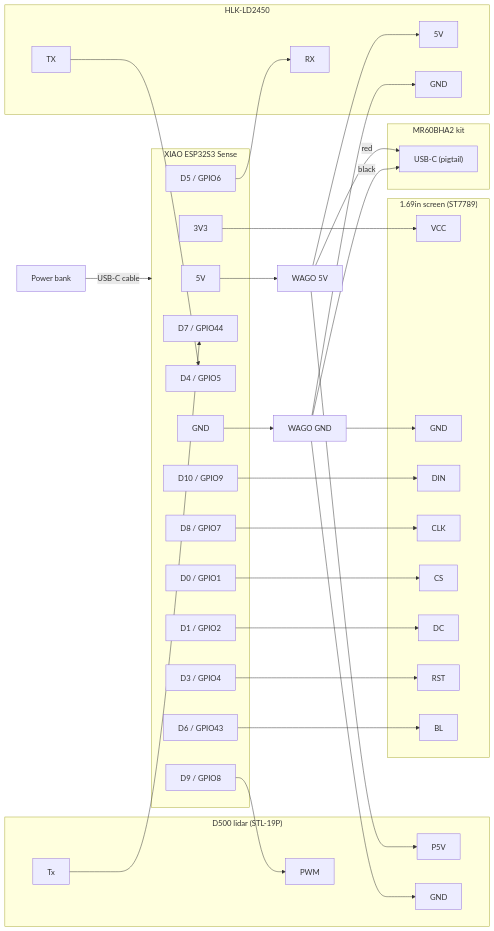
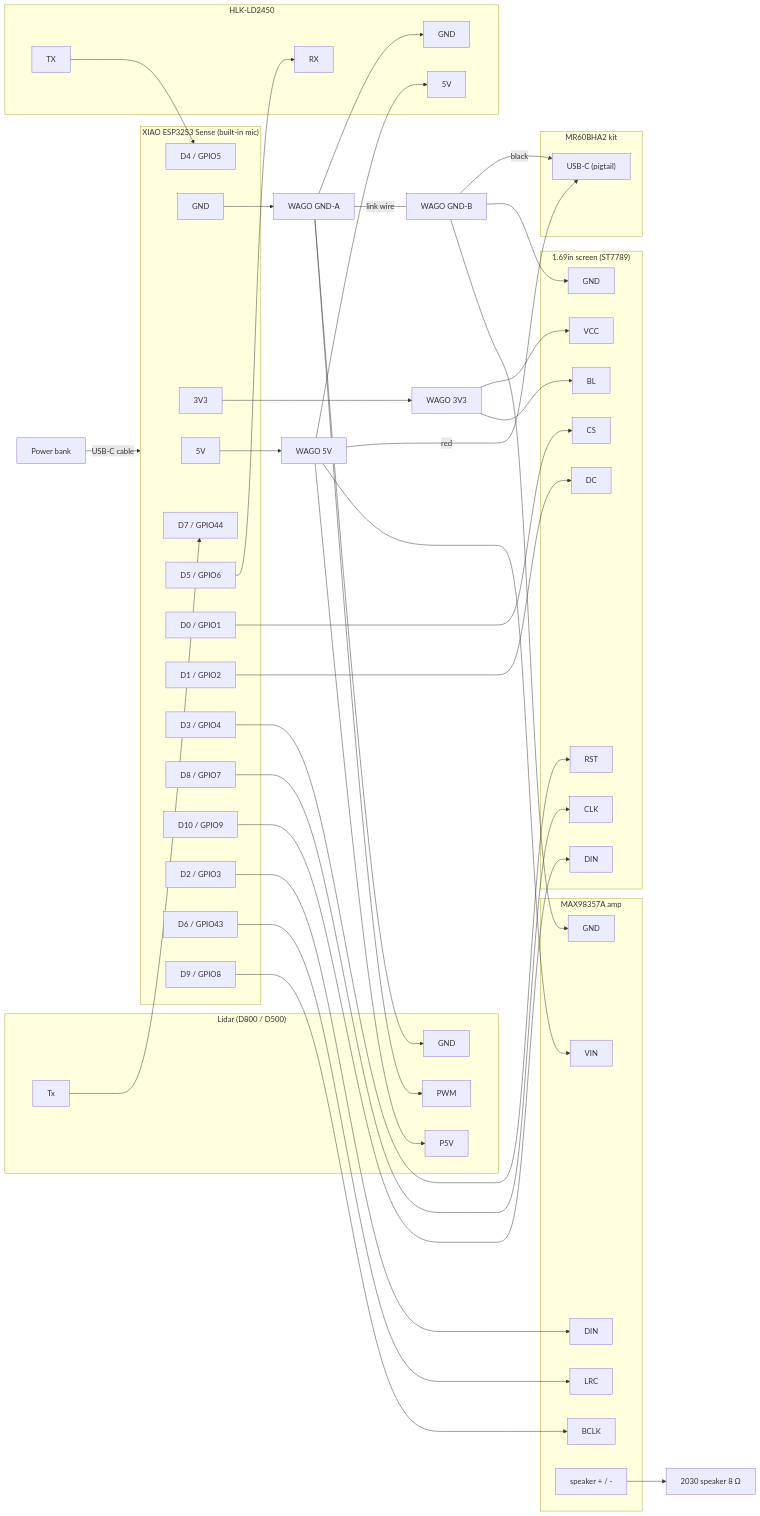
One commit to SebastienTr/Marvin changed the diagram in docs/wiring.md. Above: the diagram before and after it, drawn with Mermaid. The commit also changed other lines of this file and 20 other files, not shown here.

First line of the commit message:
Rev D: microphone and speaker, D800 lidar as reference

````diff
--- a/docs/wiring.md
+++ b/docs/wiring.md
@@ -22,47 +22,60 @@
 ```mermaid
 flowchart LR
   BANK["Power bank"] -- "USB-C cable" --> XIAO
 
-  subgraph XIAO["XIAO ESP32S3 Sense"]
-    P5V["5V"]; PGND["GND"]; P33["3V3"]; D7["D7 / GPIO44"]; D4["D4 / GPIO5"]; D5["D5 / GPIO6"]; D9["D9 / GPIO8"]
-    D0["D0 / GPIO1"]; D1["D1 / GPIO2"]; D3["D3 / GPIO4"]; D6["D6 / GPIO43"]; D8["D8 / GPIO7"]; D10["D10 / GPIO9"]
+  subgraph XIAO["XIAO ESP32S3 Sense (built-in mic)"]
+    P5V["5V"]; PGND["GND"]; P33["3V3"]; D7["D7 / GPIO44"]; D4["D4 / GPIO5"]; D5["D5 / GPIO6"]
+    D0["D0 / GPIO1"]; D1["D1 / GPIO2"]; D3["D3 / GPIO4"]; D8["D8 / GPIO7"]; D10["D10 / GPIO9"]
+    D2["D2 / GPIO3"]; D6["D6 / GPIO43"]; D9["D9 / GPIO8"]
   end
 
-  W5["WAGO 5V"]; WG["WAGO GND"]
+  W5["WAGO 5V"]; WGA["WAGO GND-A"]; WGB["WAGO GND-B"]; W33["WAGO 3V3"]
   P5V --> W5
-  PGND --> WG
+  PGND --> WGA
+  WGA -- "link wire" --- WGB
+  P33 --> W33
 
-  subgraph LID["D500 lidar (STL-19P)"]
+  subgraph LID["Lidar (D800 / D500)"]
     L5["P5V"]; LG["GND"]; LP["PWM"]; LT["Tx"]
   end
   W5 --> L5
-  WG --> LG
-  D9 --> LP
+  WGA --> LG
+  WGA --> LP
   LT --> D7
 
   subgraph RAD["HLK-LD2450"]
     R5["5V"]; RG["GND"]; RT["TX"]; RR["RX"]
   end
   W5 --> R5
-  WG --> RG
+  WGA --> RG
   RT --> D4
   D5 --> RR
 
   subgraph MR["MR60BHA2 kit"]
     MU["USB-C (pigtail)"]
   end
   W5 -- "red" --> MU
-  WG -- "black" --> MU
+  WGB -- "black" --> MU
 
   subgraph LCD["1.69in screen (ST7789)"]
     SV["VCC"]; SG["GND"]; SDIN["DIN"]; SCLK["CLK"]; SCS["CS"]; SDC["DC"]; SRST["RST"]; SBL["BL"]
   end
-  P33 --> SV
-  WG --> SG
+  W33 --> SV
+  W33 --> SBL
+  WGB --> SG
   D10 --> SDIN
   D8 --> SCLK
   D0 --> SCS
   D1 --> SDC
   D3 --> SRST
-  D6 --> SBL
+
+  subgraph AMP["MAX98357A amp"]
+    AV["VIN"]; AG["GND"]; ABC["BCLK"]; ALR["LRC"]; ADI["DIN"]; ASP["speaker + / -"]
+  end
+  W5 --> AV
+  WGB --> AG
+  D9 --> ABC
+  D6 --> ALR
+  D2 --> ADI
+  ASP --> SPK["2030 speaker 8 Ω"]
 ```
````
